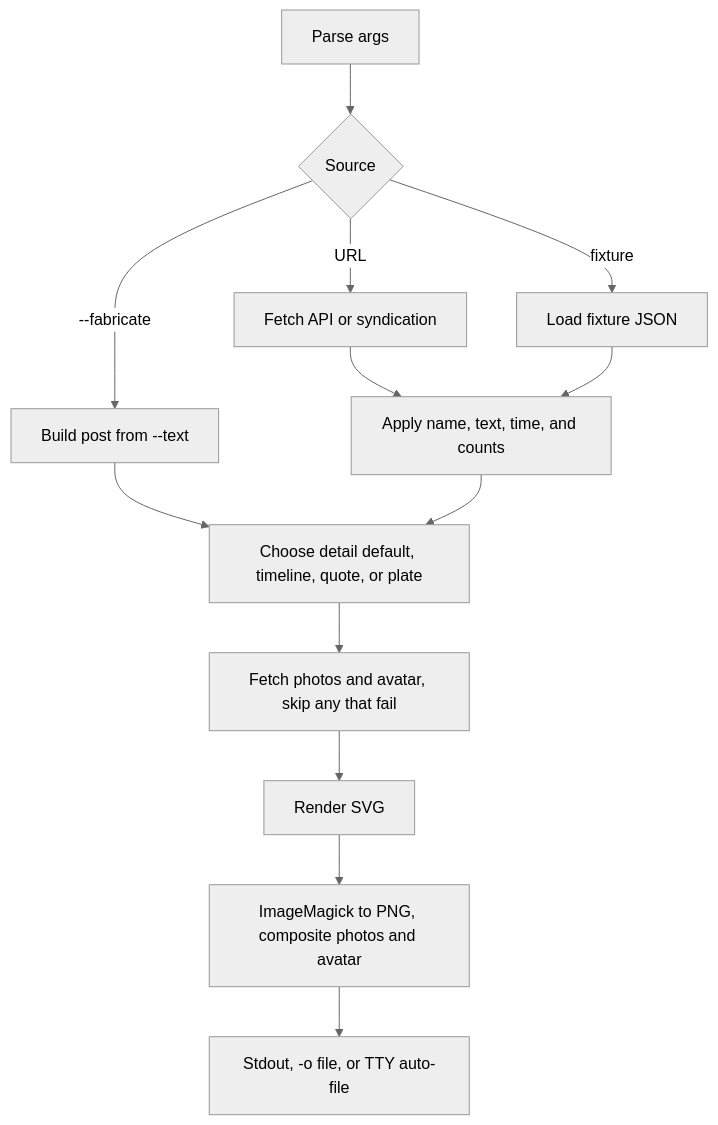
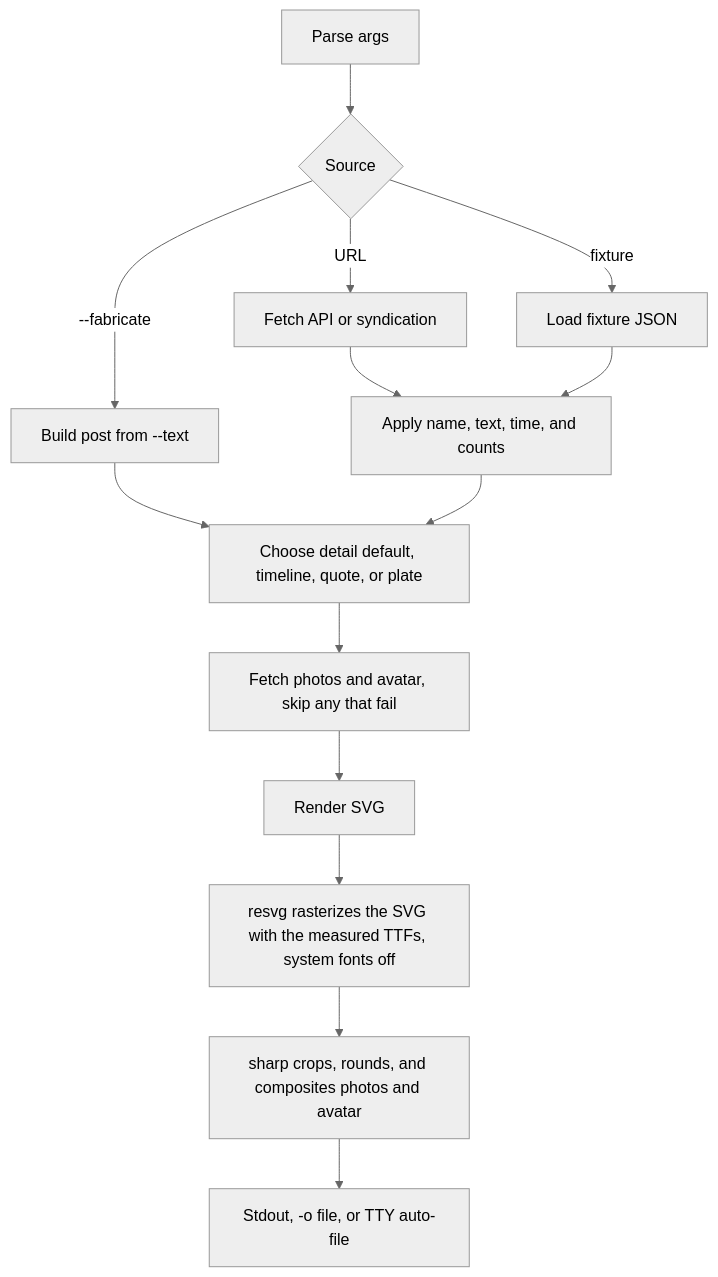
Before and after one commit to jspeaks/xpostplate: the diagram in docs/architecture.md, drawn with Mermaid (neutral theme). The commit also changed other lines of this file and 10 other files, not shown here.

First line of the commit message:
feat: drop ImageMagick; render with resvg + sharp (prebuilt npm binaries); 0.9.26

````diff
--- a/docs/architecture.md
+++ b/docs/architecture.md
@@ -5,15 +5,16 @@
 ```mermaid
 flowchart TD
   args[Parse args] --> source{Source}
   source -->|URL| fetch[Fetch API or syndication]
   source -->|fixture| fixture[Load fixture JSON]
   source -->|--fabricate| made[Build post from --text]
   fetch --> overrides[Apply name, text, time, and counts]
   fixture --> overrides
   made --> view[Choose detail default, timeline, quote, or plate]
   overrides --> view
   view --> images[Fetch photos and avatar, skip any that fail]
   images --> svg[Render SVG]
-  svg --> magick[ImageMagick to PNG, composite photos and avatar]
-  magick --> out[Stdout, -o file, or TTY auto-file]
+  svg --> resvg[resvg rasterizes the SVG with the measured TTFs, system fonts off]
+  resvg --> sharp[sharp crops, rounds, and composites photos and avatar]
+  sharp --> out[Stdout, -o file, or TTY auto-file]
 ```
````
